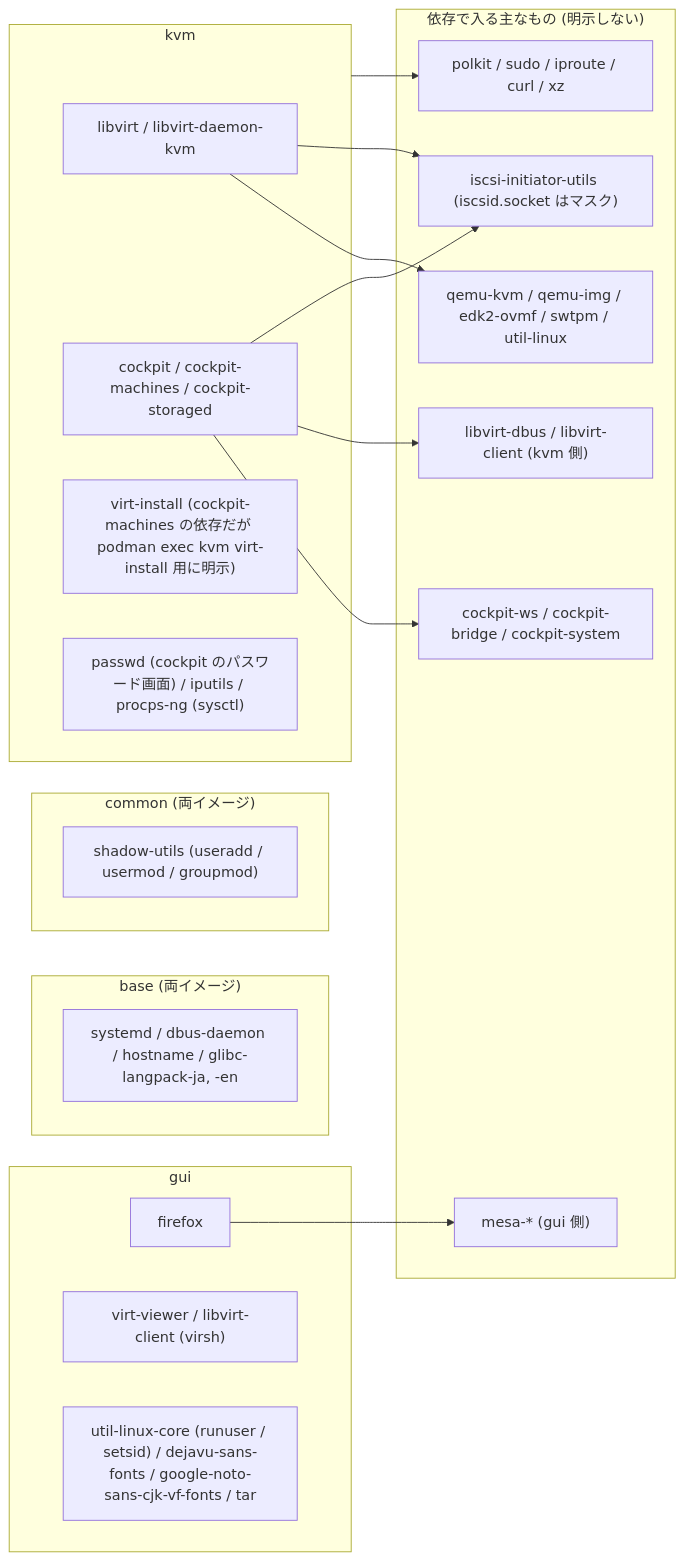
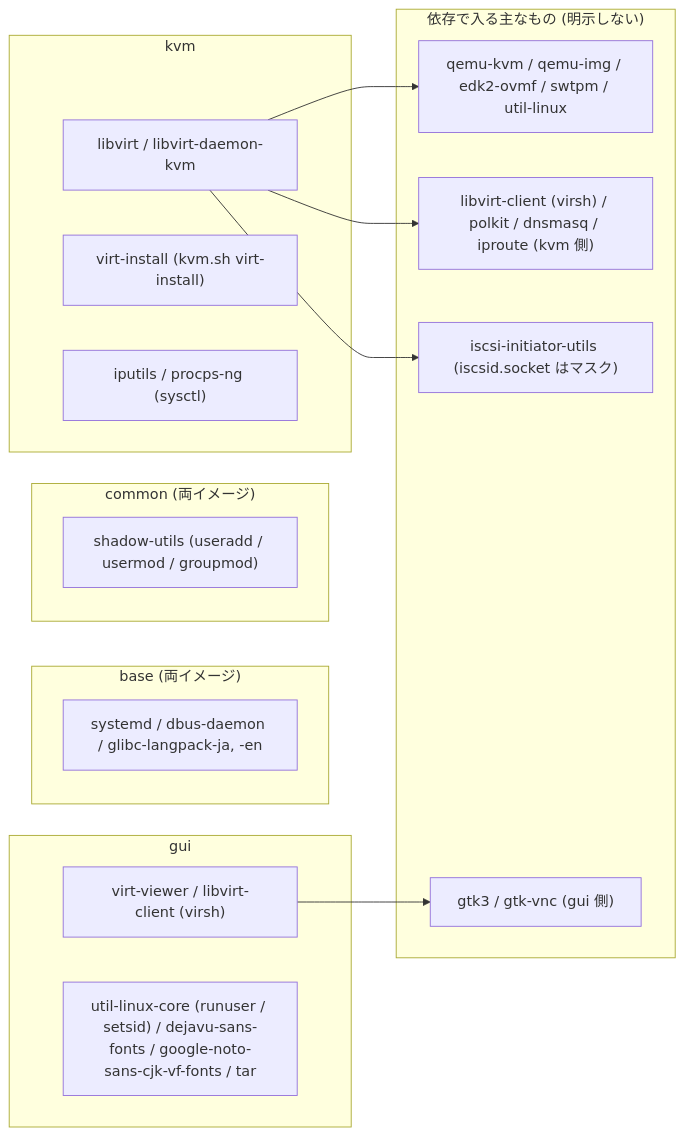
The fifth of 22 diagrams in docs/SPEC.md (ryo-aoki-pc/kvm-container), drawn with Mermaid before and after one commit. The commit also changed other lines of this file and 11 other files, not shown here.

````diff
--- a/docs/SPEC.md
+++ b/docs/SPEC.md
@@ -317,35 +304,28 @@
 ```mermaid
 flowchart LR
   subgraph base ["base (両イメージ)"]
-    b1["systemd / dbus-daemon / hostname / glibc-langpack-ja, -en"]
+    b1["systemd / dbus-daemon / glibc-langpack-ja, -en"]
   end
   subgraph common ["common (両イメージ)"]
     c1["shadow-utils (useradd / usermod / groupmod)"]
   end
   subgraph kvm ["kvm"]
     k1["libvirt / libvirt-daemon-kvm"]
-    k2["cockpit / cockpit-machines / cockpit-storaged"]
-    k3["virt-install (cockpit-machines の依存だが podman exec kvm virt-install 用に明示)"]
-    k4["passwd (cockpit のパスワード画面) / iputils / procps-ng (sysctl)"]
+    k3["virt-install (kvm.sh virt-install)"]
+    k4["iputils / procps-ng (sysctl)"]
   end
   subgraph gui ["gui"]
-    g1["firefox"]
     g2["virt-viewer / libvirt-client (virsh)"]
     g3["util-linux-core (runuser / setsid) / dejavu-sans-fonts / google-noto-sans-cjk-vf-fonts / tar"]
   end
   subgraph deps ["依存で入る主なもの (明示しない)"]
     qemu["qemu-kvm / qemu-img / edk2-ovmf / swtpm / util-linux"]
-    ckw["cockpit-ws / cockpit-bridge / cockpit-system"]
-    dbus["libvirt-dbus / libvirt-client (kvm 側)"]
-    pol["polkit / sudo / iproute / curl / xz"]
+    lc["libvirt-client (virsh) / polkit / dnsmasq / iproute (kvm 側)"]
     iscsi["iscsi-initiator-utils (iscsid.socket はマスク)"]
-    mesa["mesa-* (gui 側)"]
+    gtk["gtk3 / gtk-vnc (gui 側)"]
   end
   k1 --> qemu
+  k1 --> lc
   k1 --> iscsi
-  k2 --> ckw
-  k2 --> dbus
-  k2 --> iscsi
-  kvm --> pol
-  g1 --> mesa
+  g2 --> gtk
 ```
````
